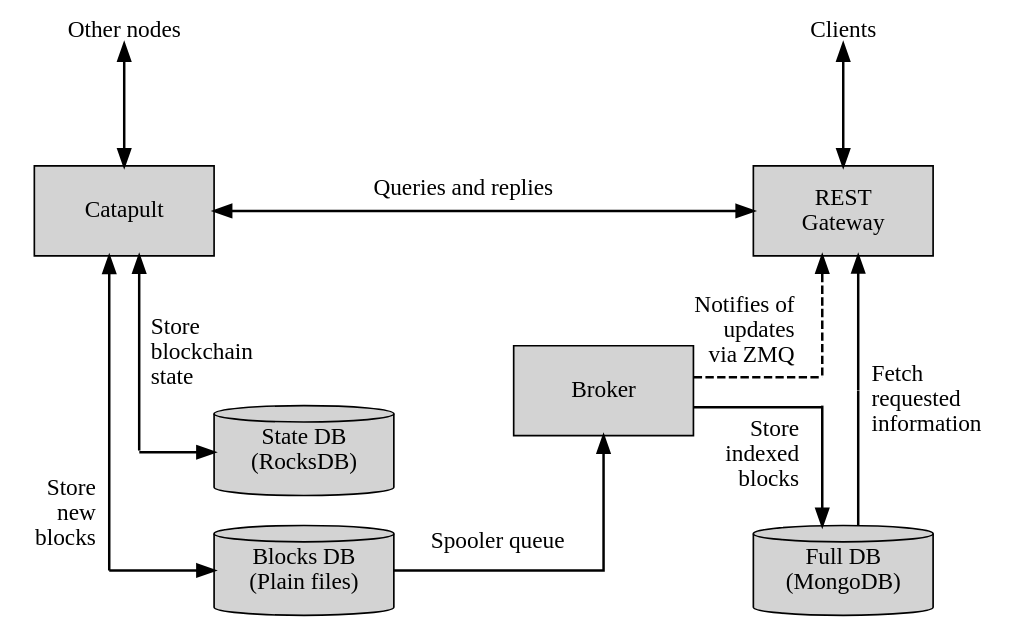
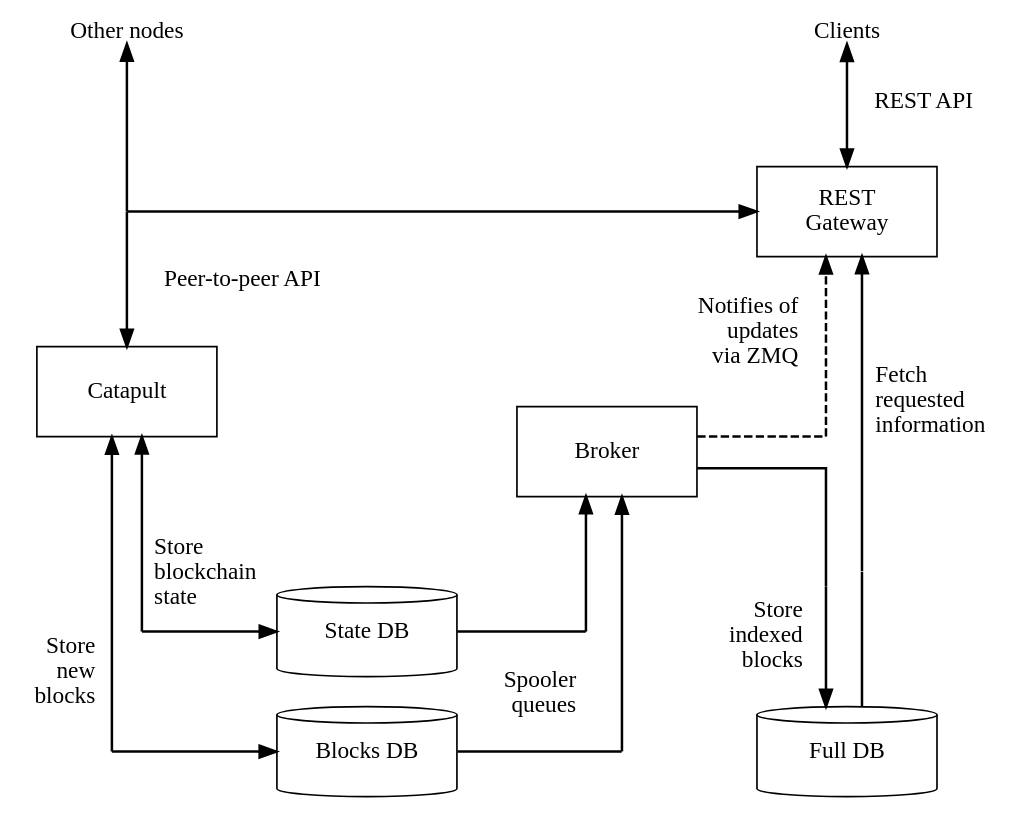
Before and after one commit to symbol/symbol: the first of 2 diagrams in mkdocs/pages/en/textbook/nodes.md, drawn with Graphviz. The commit also changed other lines of this file and 1 other file, not shown here.

Commit message:
[mkdocs] fix: lots of tweaks to the Nodes textbook page

````diff
--- a/mkdocs/pages/en/textbook/nodes.md
+++ b/mkdocs/pages/en/textbook/nodes.md
@@ -21,45 +21,52 @@
 ```dot
 digraph SymbolNode {
     layout=neato;
     splines=ortho;
-    node [shape=box style=filled width=1.5 height=0.75];
+    node [shape=box width=1.5 height=0.75];
     edge [penwidth=1.5]
 
     // External labels
-    OtherNodes [label="Other nodes" shape=plain fillcolor=transparent pos="0,4.5!"];
-    Clients    [label="Clients" shape=plain fillcolor=transparent pos="6,4.5!"];
+    OtherNodes [label="Other nodes" shape=plain fillcolor=transparent pos="0,6!"];
+    Clients    [label="Clients" shape=plain fillcolor=transparent pos="6,6!"];
 
     // Core components
     Catapult   [label="Catapult" pos="0,3!" URL="#catapult"];
-    REST       [label="REST\nGateway" pos="6,3!" URL="#rest-gateway"];
-    RocksDB    [label="State DB\n(RocksDB)" pos="1.5,1!" shape=cylinder URL="#state-database"];
-    Disk       [label="Blocks DB\n(Plain files)" pos="1.5,0!" shape=cylinder URL="#blocks-database"];
-    MongoDB    [label="Full DB\n(MongoDB)" pos="6,0!" shape=cylinder URL="#full-database"];
-    Broker     [label="Broker" pos="4,1.5!" URL="#broker"];
+    REST       [label="REST\nGateway" pos="6,4.5!" URL="#rest-gateway"];
+    RocksDB    [label="State DB" pos="2,1!" shape=cylinder URL="#state-database"];
+    Disk       [label="Blocks DB" pos="2,0!" shape=cylinder URL="#blocks-database"];
+    MongoDB    [label="Full DB" pos="6,0!" shape=cylinder URL="#full-database"];
+    Broker     [label="Broker" pos="4,2.5!" URL="#broker"];
 
     // Waypoints
+    OtherNodesWP [shape=point width=0 pos="0,4.5!"]
     RocksDBWP  [shape=point width=0 pos="0.125,1!"];
+    RocksDBWP2 [shape=point width=0 pos="3.825,1!"];
     DiskWP     [shape=point width=0 pos="-0.125,0!"];
+    DiskWP2    [shape=point width=0 pos="4.125,0!"];
     MongoDBWP  [shape=point width=0 pos="5.825,1.375!"];
-    RESTWP     [shape=point width=0 pos="5.825,1.625!"];
+    RESTWP     [shape=point width=0 pos="5.825,2.625!"];
     RESTWP2    [shape=point width=0 pos="6.125,1.5!"];
 
     // External
-    OtherNodes -> Catapult [dir=both];
-    Clients -> REST [dir=both];
+    OtherNodesWP -> Catapult [headlabel="Peer-to-peer API" labelangle=-60 labeldistance=8];
+    OtherNodesWP->OtherNodes;
+    REST -> Clients [dir=both headlabel="REST API" labelangle=-50 labeldistance=6];
 
     // Internal
-    Catapult -> REST [headlabel="Queries and replies" dir=both labelangle=5 labeldistance=15];
+    OtherNodesWP -> REST;
     Catapult -> RocksDBWP:s [dir=back];
-    RocksDBWP -> RocksDB [headlabel="Store\lblockchain\lstate\l" labelangle=-90 labeldistance=6];
+    RocksDBWP -> RocksDB [headlabel="Store\lblockchain\lstate\l" labelangle=-45 labeldistance=5];
     Catapult -> DiskWP:s [dir=back];
-    DiskWP:w -> Disk [headlabel="Store\rnew\rblocks\r" labelangle=-20 labeldistance=10];
-    Disk -> Broker [headlabel="Spooler queue" labelangle=-45 labeldistance=9];
+    DiskWP:w -> Disk [headlabel="Store\rnew\rblocks\r" labelangle=-20 labeldistance=14];
+    RocksDB -> RocksDBWP2 [dir=none];
+    RocksDBWP2:e -> Broker:s;
+    Disk -> DiskWP2 [dir=none];
+    DiskWP2 -> Broker [headlabel="Spooler\rqueues\r" labelangle=-25 labeldistance=13];
     Broker -> MongoDBWP [dir=none];
     MongoDBWP:n -> MongoDB [headlabel="Store\rindexed\rblocks\r" labelangle=45 labeldistance=6];
     Broker -> RESTWP [dir=none style=dashed];
     RESTWP -> REST [headlabel="Notifies of\rupdates\rvia ZMQ\r" style=dashed labelangle=-50 labeldistance=7 URL="#zero-mq"];
     MongoDB -> RESTWP2 [dir=none];
     RESTWP2 -> REST [headlabel="Fetch\lrequested\linformation\l" labelangle=30 labeldistance=10];
 }
 ```
````
